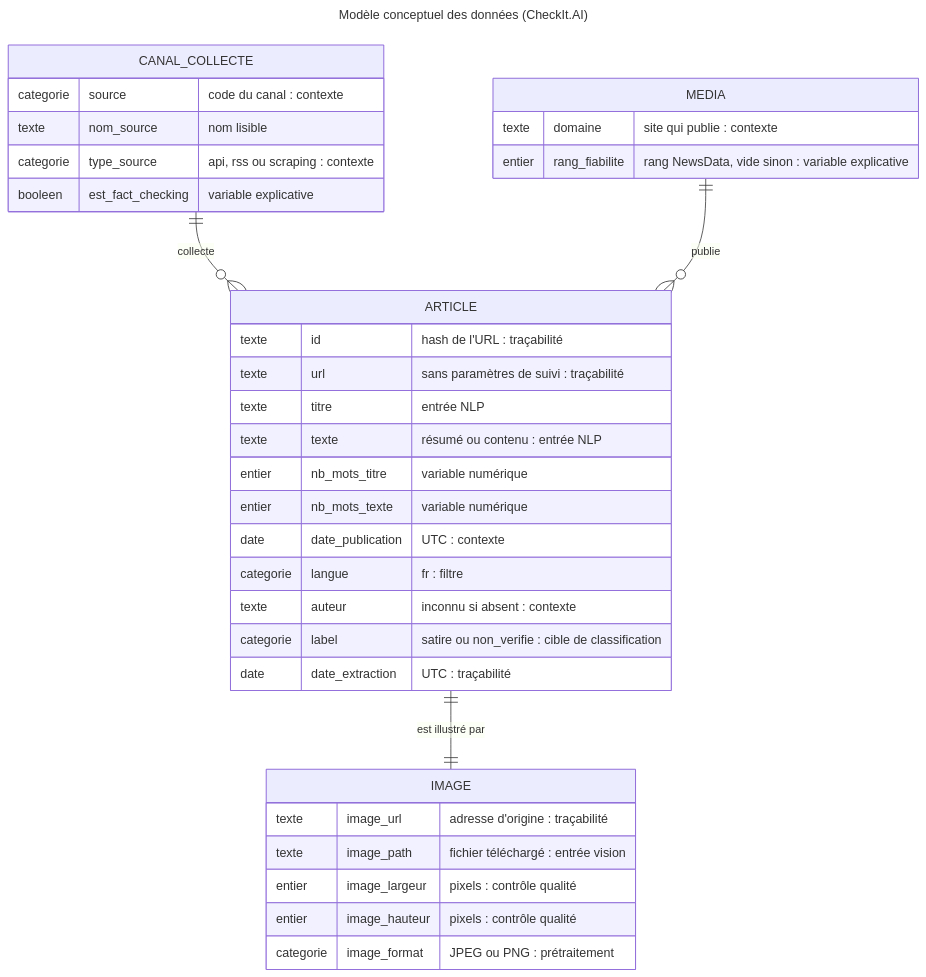
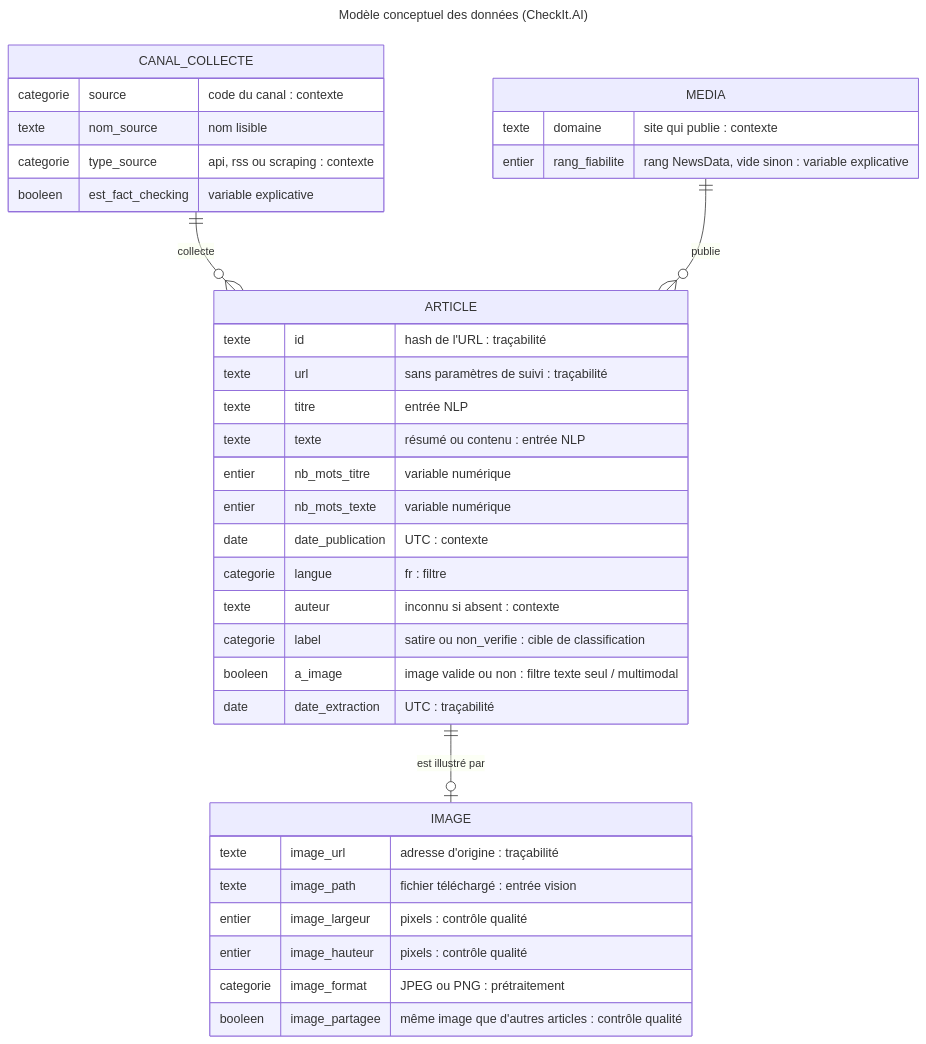
One commit to G-Hostin/multimodal-news-extraction changed the diagram in livrables/etape3_schema_donnees.mmd. Above: the diagram before and after it, drawn with Mermaid. The commit also changed 3 other files, not shown here.

```diff
--- a/livrables/etape3_schema_donnees.mmd
+++ b/livrables/etape3_schema_donnees.mmd
@@ -1,38 +1,40 @@
 ---
 title: Modèle conceptuel des données (CheckIt.AI)
 ---
 erDiagram
     CANAL_COLLECTE ||--o{ ARTICLE : collecte
     MEDIA ||--o{ ARTICLE : publie
-    ARTICLE ||--|| IMAGE : "est illustré par"
+    ARTICLE ||--o| IMAGE : "est illustré par"
 
     CANAL_COLLECTE {
         categorie source "code du canal : contexte"
         texte nom_source "nom lisible"
         categorie type_source "api, rss ou scraping : contexte"
         booleen est_fact_checking "variable explicative"
     }
     MEDIA {
         texte domaine "site qui publie : contexte"
         entier rang_fiabilite "rang NewsData, vide sinon : variable explicative"
     }
     ARTICLE {
         texte id "hash de l'URL : traçabilité"
         texte url "sans paramètres de suivi : traçabilité"
         texte titre "entrée NLP"
         texte texte "résumé ou contenu : entrée NLP"
         entier nb_mots_titre "variable numérique"
         entier nb_mots_texte "variable numérique"
         date date_publication "UTC : contexte"
         categorie langue "fr : filtre"
         texte auteur "inconnu si absent : contexte"
         categorie label "satire ou non_verifie : cible de classification"
+        booleen a_image "image valide ou non : filtre texte seul / multimodal"
         date date_extraction "UTC : traçabilité"
     }
     IMAGE {
         texte image_url "adresse d'origine : traçabilité"
         texte image_path "fichier téléchargé : entrée vision"
         entier image_largeur "pixels : contrôle qualité"
         entier image_hauteur "pixels : contrôle qualité"
         categorie image_format "JPEG ou PNG : prétraitement"
+        booleen image_partagee "même image que d'autres articles : contrôle qualité"
     }
```
